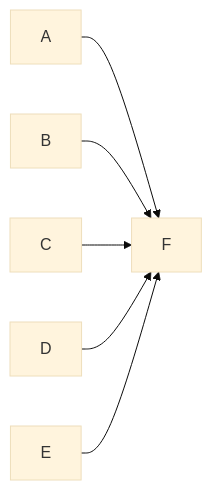
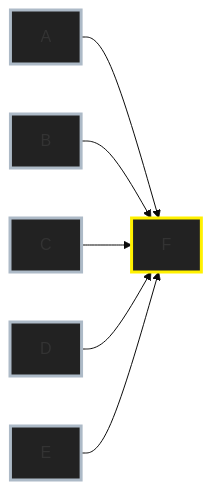
Before and after one commit to CDucloux/Wine-Scraping: the second of 2 diagrams in README.md, drawn with Mermaid (base theme).

Commit message:
Modif readme à la volée

````diff
--- a/README.md
+++ b/README.md
@@ -118,8 +118,15 @@
 ```mermaid
 graph LR;
 A-->F;
 B-->F;
 C-->F;
 D-->F;
 E-->F;
+
+style A stroke:#adbac7,stroke-width:3px, fill:#222222;
+style B stroke:#adbac7,stroke-width:3px, fill:#222222;
+style C stroke:#adbac7,stroke-width:3px, fill:#222222;
+style D stroke:#adbac7,stroke-width:3px, fill:#222222;
+style E stroke:#adbac7,stroke-width:3px, fill:#222222;
+style F stroke:#fff100,stroke-width:3px, fill:#222222;
 ```
````
